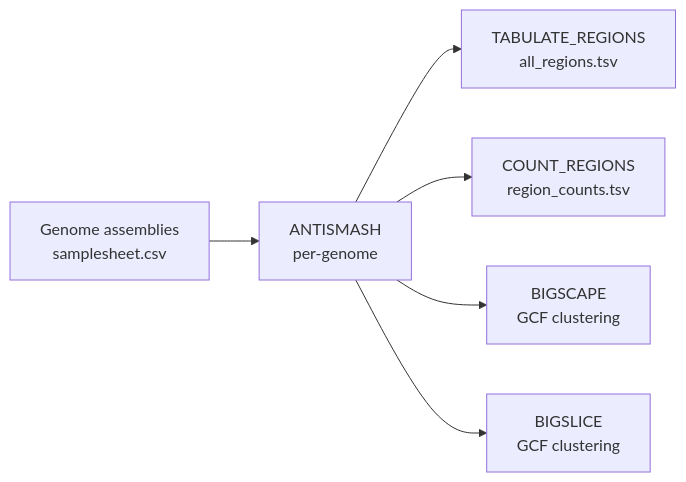
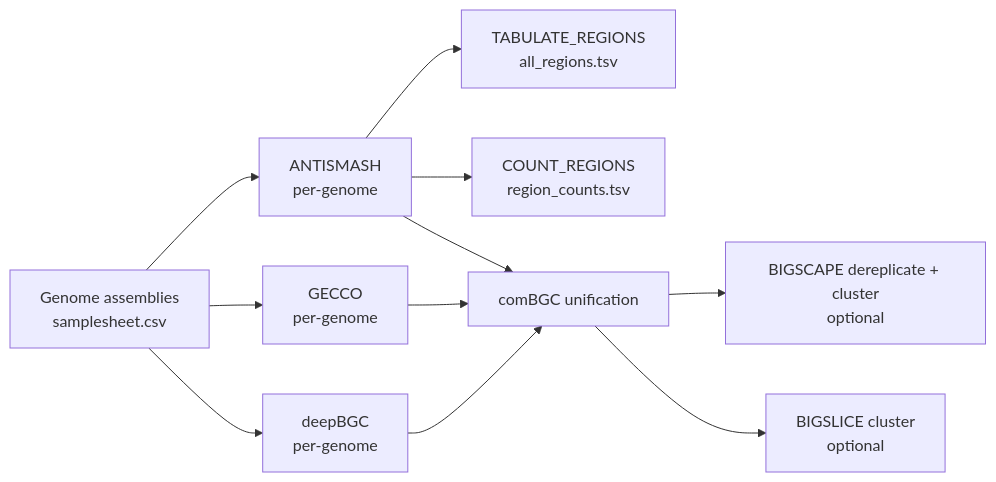
One commit to andreassag/clystere changed the diagram in docs/index.md. Above: the diagram before and after it, drawn with Mermaid. The commit also changed other lines of this file and 31 other files, not shown here.

````diff
--- a/docs/index.md
+++ b/docs/index.md
@@ -13,8 +14,13 @@
 ```mermaid
 graph LR
     A[Genome assemblies<br/>samplesheet.csv] --> B[ANTISMASH<br/>per-genome]
-    B --> C[TABULATE_REGIONS<br/>all_regions.tsv]
-    B --> D[COUNT_REGIONS<br/>region_counts.tsv]
-    B --> E[BIGSCAPE<br/>GCF clustering]
-    B --> F[BIGSLICE<br/>GCF clustering]
+    A --> C[GECCO<br/>per-genome]
+    A --> D[deepBGC<br/>per-genome]
+    B --> E[TABULATE_REGIONS<br/>all_regions.tsv]
+    B --> F[COUNT_REGIONS<br/>region_counts.tsv]
+    B --> G[comBGC unification]
+    C --> G
+    D --> G
+    G --> H[BIGSCAPE dereplicate + cluster<br/>optional]
+    G --> I[BIGSLICE cluster<br/>optional]
 ```
````
